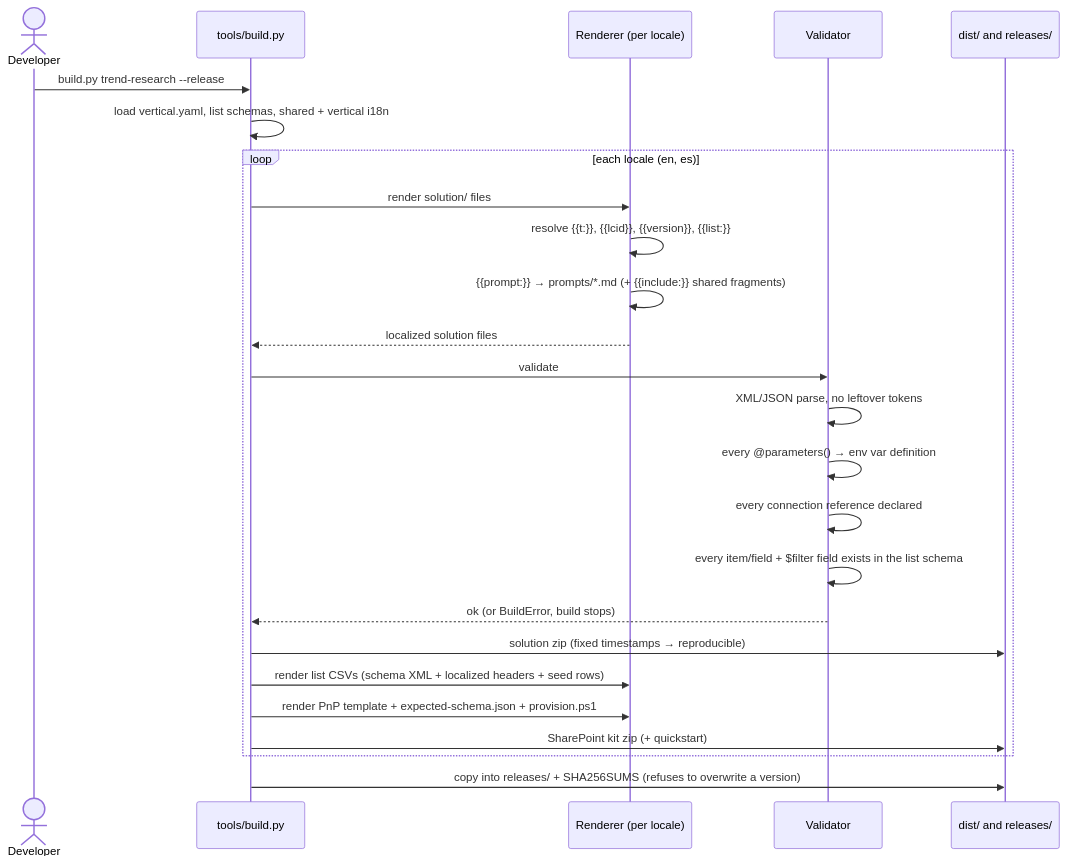
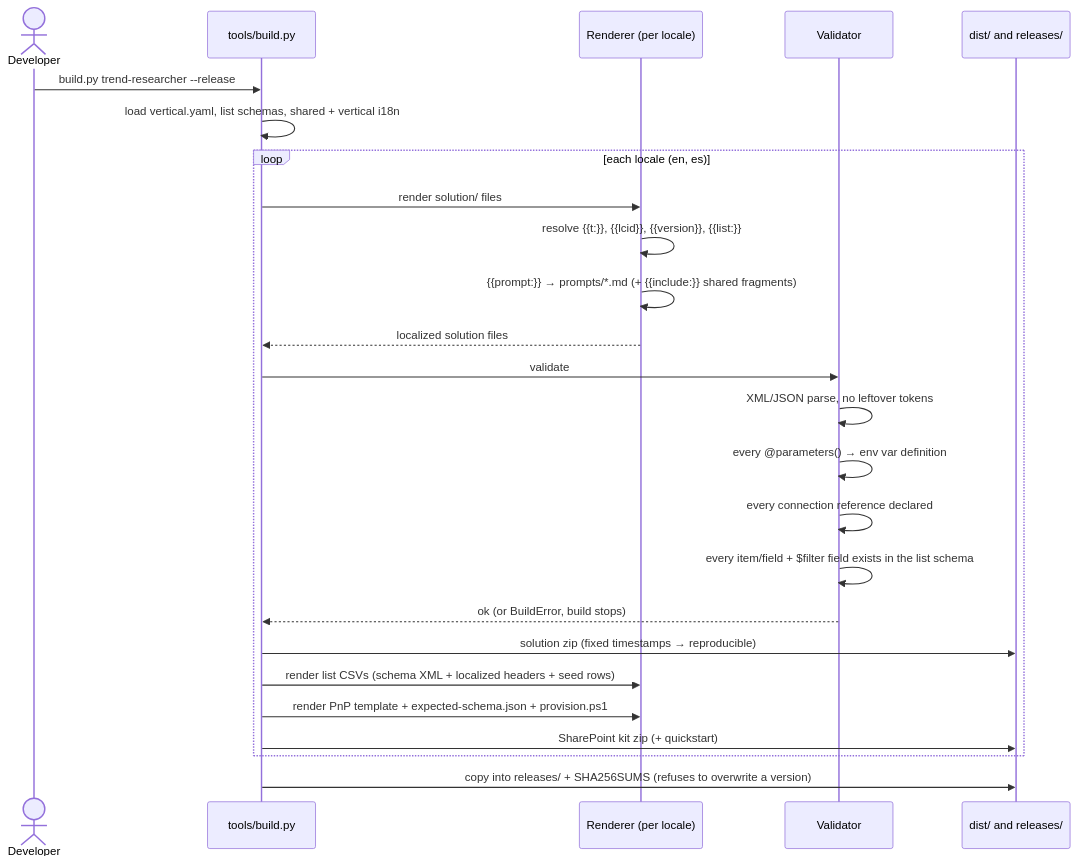
One commit to AIMagicFlow/copilot-workflows changed the second of 2 diagrams in docs/architecture.md. Above: the diagram before and after it, drawn with Mermaid. The commit also changed other lines of this file and 85 other files, not shown here.

First line of the commit message:
rename: one name, Trend Researcher (TrendResearcher / trend-researcher)

````diff
--- a/docs/architecture.md
+++ b/docs/architecture.md
@@ -49,27 +49,27 @@
 ```mermaid
 sequenceDiagram
     actor Dev as Developer
     participant B as tools/build.py
     participant R as Renderer (per locale)
     participant V as Validator
     participant Z as dist/ and releases/
-    Dev->>B: build.py trend-research --release
+    Dev->>B: build.py trend-researcher --release
     B->>B: load vertical.yaml, list schemas, shared + vertical i18n
     loop each locale (en, es)
         B->>R: render solution/ files
         R->>R: resolve {{t:}}, {{lcid}}, {{version}}, {{list:}}
         R->>R: {{prompt:}} → prompts/*.md (+ {{include:}} shared fragments)
         R-->>B: localized solution files
         B->>V: validate
         V->>V: XML/JSON parse, no leftover tokens
         V->>V: every @parameters() → env var definition
         V->>V: every connection reference declared
         V->>V: every item/field + $filter field exists in the list schema
         V-->>B: ok (or BuildError, build stops)
         B->>Z: solution zip (fixed timestamps → reproducible)
         B->>R: render list CSVs (schema XML + localized headers + seed rows)
         B->>R: render PnP template + expected-schema.json + provision.ps1
         B->>Z: SharePoint kit zip (+ quickstart)
     end
     B->>Z: copy into releases/ + SHA256SUMS (refuses to overwrite a version)
 ```
````
